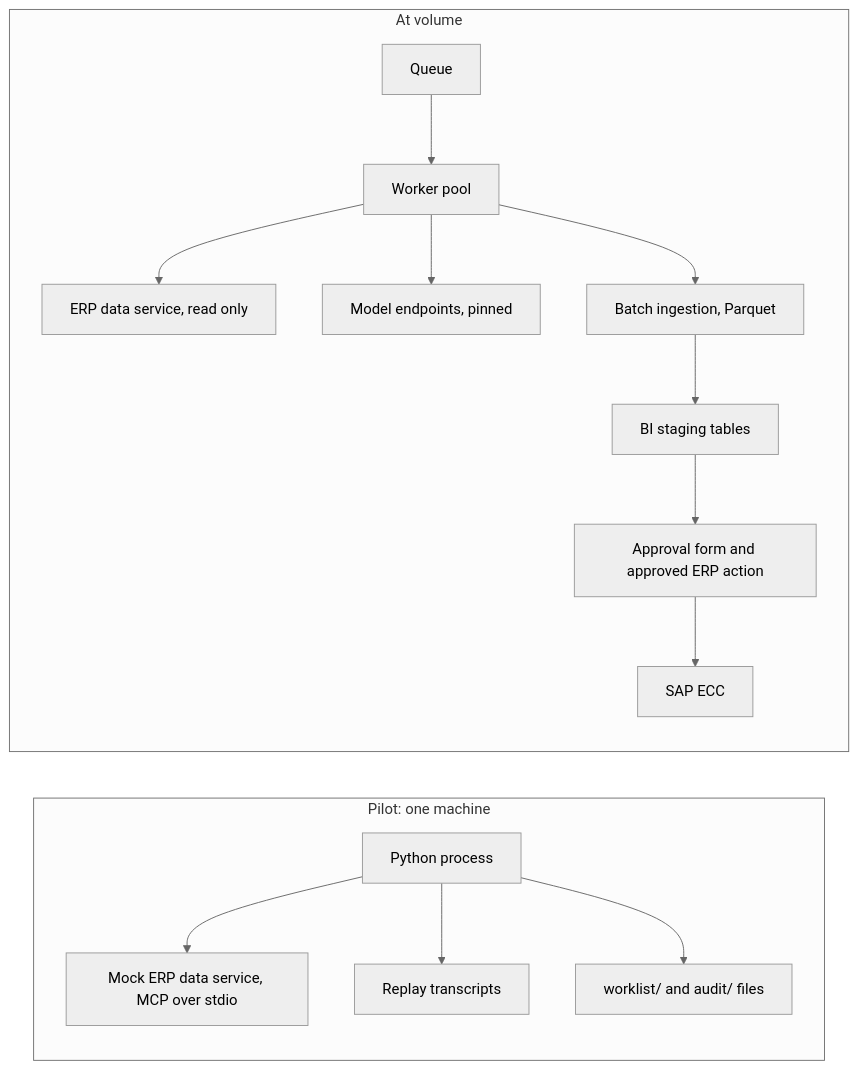
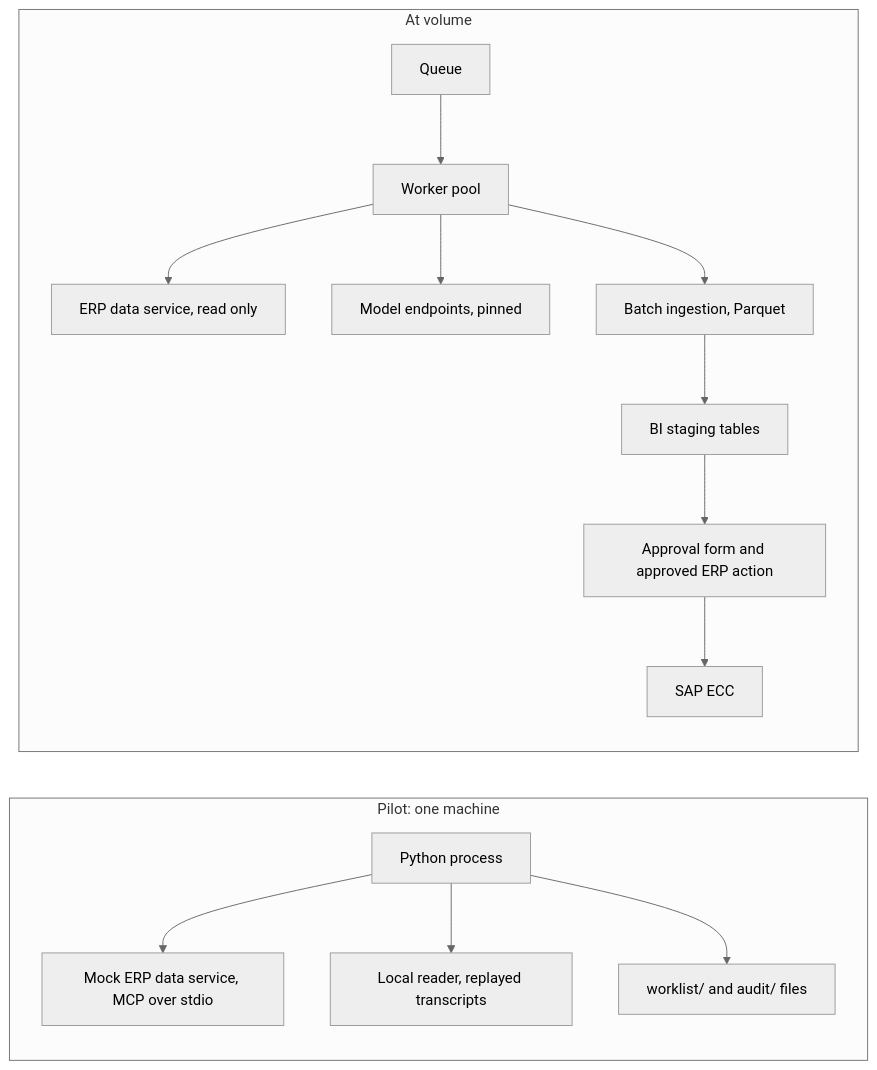
The sixth of 7 diagrams in docs/04-architecture.md (BTECHK/invoice-term-agent), drawn with Mermaid (neutral theme) before and after one commit. The commit also changed other lines of this file and 36 other files, not shown here.

````diff
--- a/docs/04-architecture.md
+++ b/docs/04-architecture.md
@@ -268,17 +273,17 @@
 ```mermaid
 flowchart LR
   subgraph pilot["Pilot: one machine"]
     P1["Python process"] --> P2["Mock ERP data service, MCP over stdio"]
-    P1 --> P3["Replay transcripts"]
+    P1 --> P3["Local reader, replayed transcripts"]
     P1 --> P4["worklist/ and audit/ files"]
   end
   subgraph volume["At volume"]
     V1["Queue"] --> V2["Worker pool"]
     V2 --> V3["ERP data service, read only"]
     V2 --> V4["Model endpoints, pinned"]
     V2 --> V5["Batch ingestion, Parquet"]
     V5 --> V6["BI staging tables"]
     V6 --> V7["Approval form and approved ERP action"]
     V7 --> V8["SAP ECC"]
   end
 ```
````
